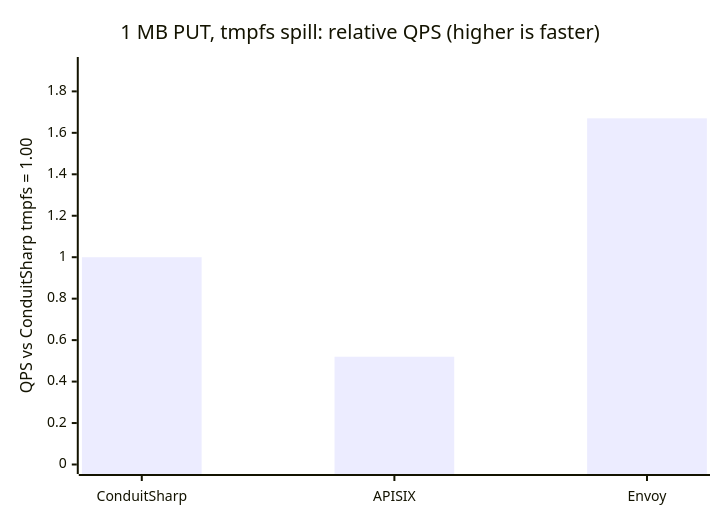
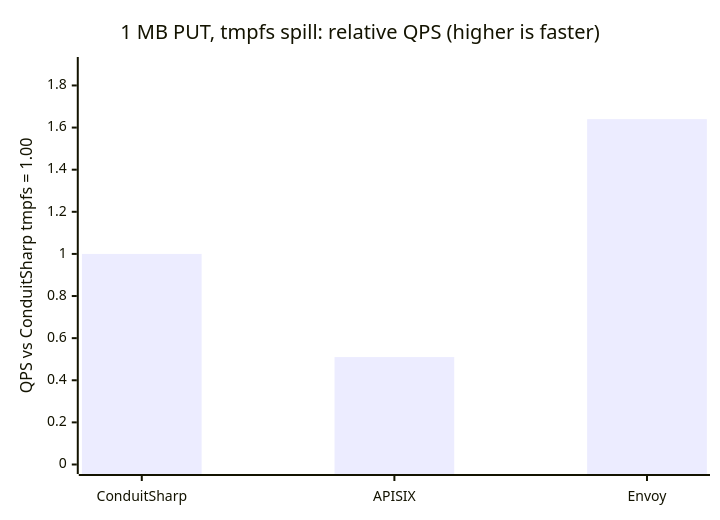
The eighth of 9 diagrams in README.md (liqngliz/ConduitSharp), drawn with Mermaid before and after one commit. The commit also changed other lines of this file and 1 other file, not shown here.

````diff
--- a/README.md
+++ b/README.md
@@ -525,7 +525,7 @@
 ```mermaid
 xychart-beta
     title "1 MB PUT, tmpfs spill: relative QPS (higher is faster)"
     x-axis ["ConduitSharp", "APISIX", "Envoy"]
-    y-axis "QPS vs ConduitSharp tmpfs = 1.00" 0 --> 1.92
-    bar [1.00, 0.52, 1.67]
+    y-axis "QPS vs ConduitSharp tmpfs = 1.00" 0 --> 1.89
+    bar [1.00, 0.51, 1.64]
 ```
````
